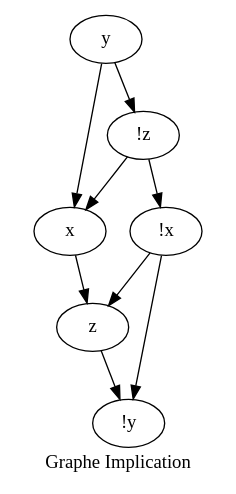
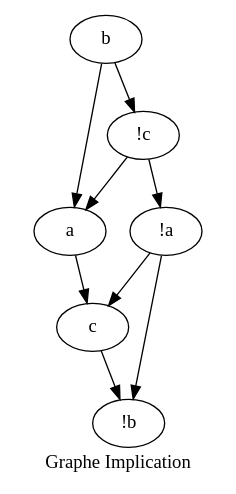
One commit to H4znow/_2-SAT_Problem changed the diagram in src/main/resources/dot/graphImpilication.DOT. Above: the diagram before and after it, drawn with Graphviz. The commit also changed 12 other files, not shown here.

```diff
--- a/src/main/resources/dot/graphImpilication.DOT
+++ b/src/main/resources/dot/graphImpilication.DOT
@@ -1,12 +1,12 @@
 digraph {
 label="Graphe Implication";
 
-" y"  -> " x";
-"!z"  -> " x";
-" x"  -> " z";
-"!x"  -> " z";
-"!z"  -> "!x";
-" z"  -> "!y";
-"!x"  -> "!y";
-" y"  -> "!z";
+" b"  -> " a";
+"!c"  -> " a";
+" a"  -> " c";
+"!a"  -> " c";
+"!c"  -> "!a";
+" c"  -> "!b";
+"!a"  -> "!b";
+" b"  -> "!c";
 }
```
